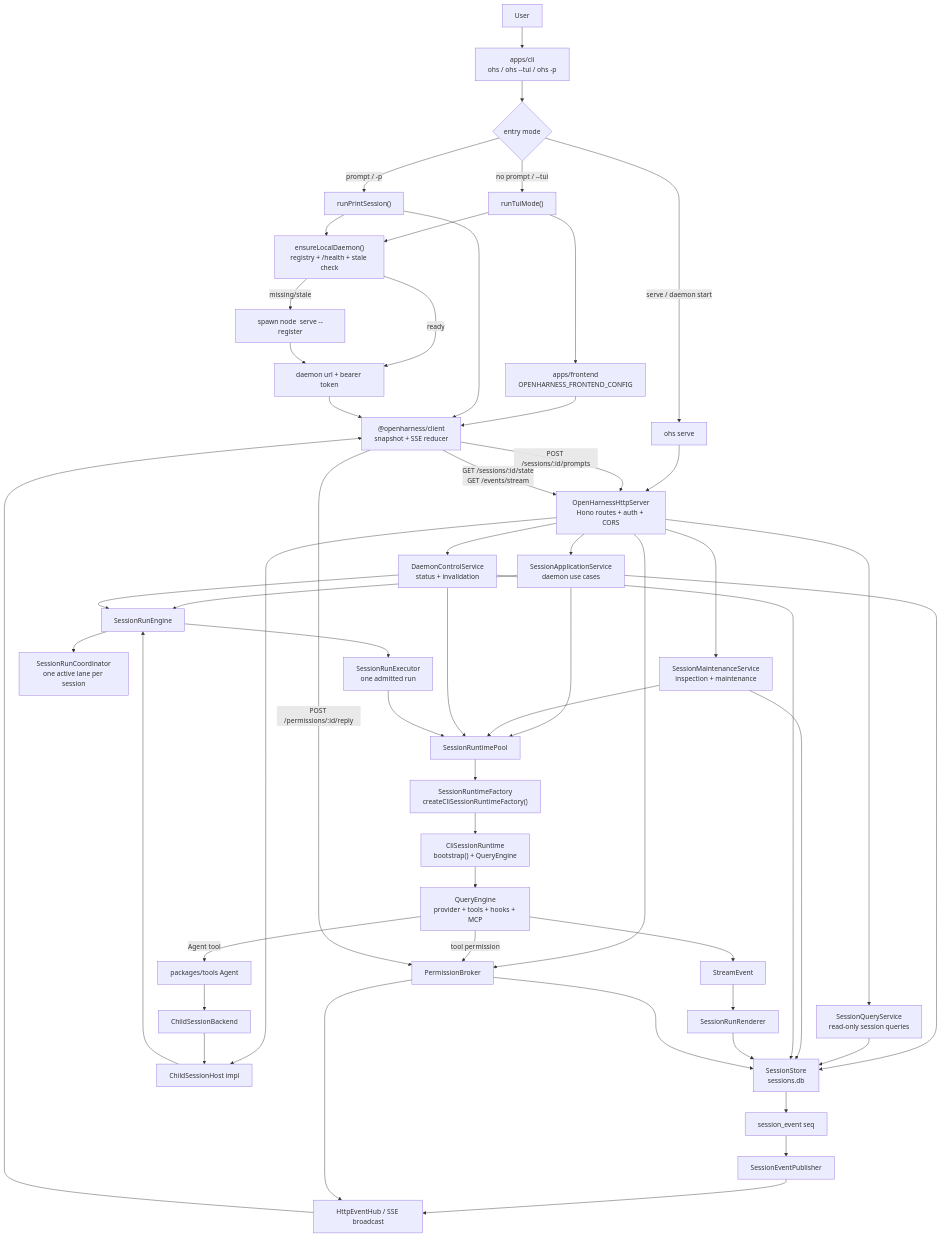
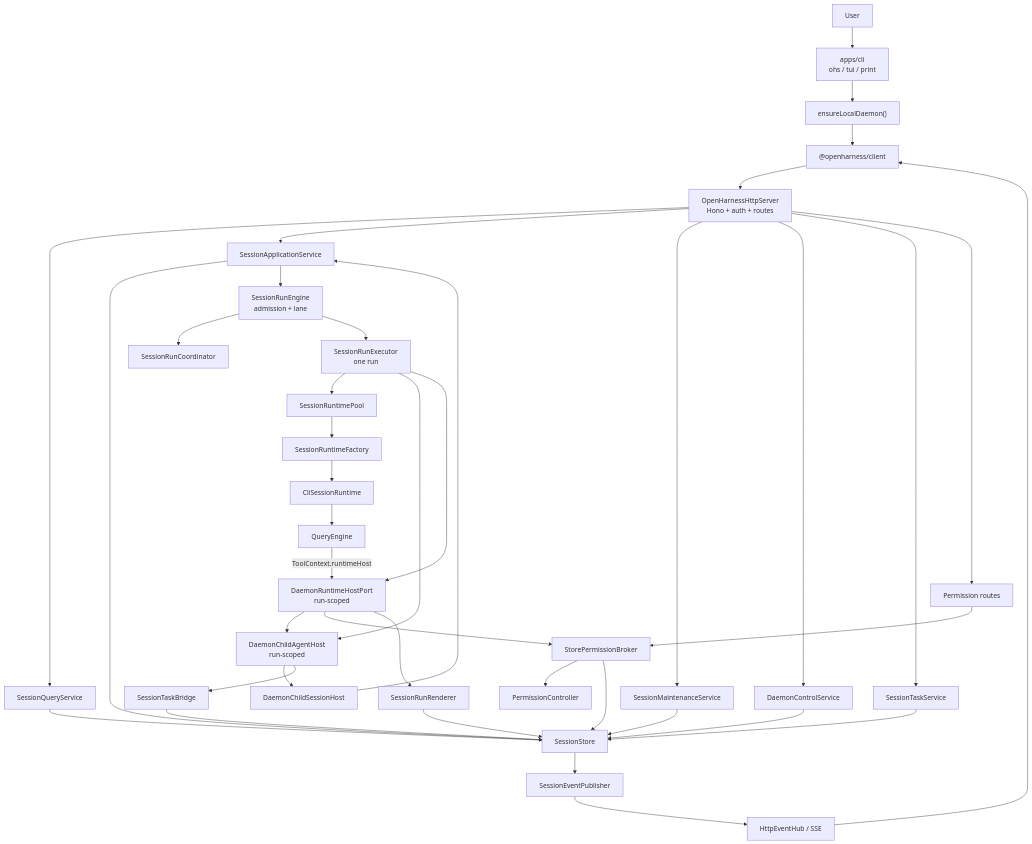
One commit to rzx007/openharness-ts changed the first of 5 diagrams in docs/daemon-runtime-flow-map.md. Above: the diagram before and after it, drawn with Mermaid. The commit also changed other lines of this file and 8 other files, not shown here.

First line of the commit message:
docs: 记录 RuntimeHostPort 设计并同步 daemon 运行时文档

````diff
--- a/docs/daemon-runtime-flow-map.md
+++ b/docs/daemon-runtime-flow-map.md
@@ -46,65 +19,49 @@
 ```mermaid
 flowchart TD
-  user["User"] --> cli["apps/cli<br/>ohs / ohs --tui / ohs -p"]
+  user["User"] --> cli["apps/cli<br/>ohs / tui / print"]
+  cli --> ensure["ensureLocalDaemon()"]
+  ensure --> client["@openharness/client"]
+  client --> http["OpenHarnessHttpServer<br/>Hono + auth + routes"]
 
-  cli --> mode{"entry mode"}
-  mode -->|"no prompt / --tui"| tuiLauncher["runTuiMode()"]
-  mode -->|"prompt / -p"| print["runPrintSession()"]
-  mode -->|"serve / daemon start"| serve["ohs serve"]
+  http --> querySvc["SessionQueryService"]
+  http --> appSvc["SessionApplicationService"]
+  http --> maintSvc["SessionMaintenanceService"]
+  http --> controlSvc["DaemonControlService"]
+  http --> taskSvc["SessionTaskService"]
+  http --> permRoutes["Permission routes"]
 
-  tuiLauncher --> ensure["ensureLocalDaemon()<br/>registry + /health + stale check"]
-  print --> ensure
-  ensure -->|"ready"| daemonUrl["daemon url + bearer token"]
-  ensure -->|"missing/stale"| spawnServe["spawn node <cli> serve --register"]
-  spawnServe --> daemonUrl
+  querySvc --> store["SessionStore"]
+  appSvc --> store
+  maintSvc --> store
+  controlSvc --> store
+  taskSvc --> store
 
-  tuiLauncher --> frontend["apps/frontend<br/>OPENHARNESS_FRONTEND_CONFIG"]
-  frontend --> client["@openharness/client<br/>snapshot + SSE reducer"]
-  print --> client
-  daemonUrl --> client
+  appSvc --> engine["SessionRunEngine<br/>admission + lane"]
+  engine --> lane["SessionRunCoordinator"]
+  engine --> executor["SessionRunExecutor<br/>one run"]
+  executor --> pool["SessionRuntimePool"]
+  pool --> factory["SessionRuntimeFactory"]
+  factory --> runtime["CliSessionRuntime"]
+  runtime --> qe["QueryEngine"]
 
-  serve --> http["OpenHarnessHttpServer<br/>Hono routes + auth + CORS"]
-  client -->|"POST /sessions/:id/prompts"| http
-  client -->|"GET /sessions/:id/state<br/>GET /events/stream"| http
+  executor --> childAgentHost["DaemonChildAgentHost<br/>run-scoped"]
+  executor --> runtimeHost["DaemonRuntimeHostPort<br/>run-scoped"]
+  qe -->|"ToolContext.runtimeHost"| runtimeHost
+  runtimeHost --> childAgentHost
 
-  http --> application["SessionApplicationService<br/>daemon use cases"]
-  http --> queries["SessionQueryService<br/>read-only session queries"]
-  http --> maintenance["SessionMaintenanceService<br/>inspection + maintenance"]
-  http --> control["DaemonControlService<br/>status + invalidation"]
-  application --> store["SessionStore<br/>sessions.db"]
-  queries --> store
-  maintenance --> store
-  control --> store
-  http --> broker["PermissionBroker"]
-  application --> engine["SessionRunEngine"]
-  application --> pool["SessionRuntimePool"]
-  maintenance --> pool
-  control --> pool
-  control --> engine
-  http --> childHost["ChildSessionHost impl"]
+  childAgentHost --> childSessionHost["DaemonChildSessionHost"]
+  childSessionHost --> appSvc
+  childAgentHost --> taskBridge["SessionTaskBridge"]
+  taskBridge --> store
 
-  engine --> coordinator["SessionRunCoordinator<br/>one active lane per session"]
-  engine --> executor["SessionRunExecutor<br/>one admitted run"]
-  executor --> pool
-  pool --> runtimeFactory["SessionRuntimeFactory<br/>createCliSessionRuntimeFactory()"]
-  runtimeFactory --> runtime["CliSessionRuntime<br/>bootstrap() + QueryEngine"]
-  runtime --> query["QueryEngine<br/>provider + tools + hooks + MCP"]
+  runtimeHost --> permissionBroker["StorePermissionBroker"]
+  permissionBroker --> permissionController["PermissionController"]
+  permissionBroker --> store
+  permRoutes --> permissionBroker
 
-  query --> stream["StreamEvent"]
-  stream --> renderer["SessionRunRenderer"]
+  runtimeHost --> renderer["SessionRunRenderer"]
   renderer --> store
-  store --> events["session_event seq"]
-  events --> publisher["SessionEventPublisher"]
-  publisher --> sse["HttpEventHub / SSE broadcast"]
-  sse --> client
-
-  query -->|"tool permission"| broker
-  broker --> store
-  broker --> sse
-  client -->|"POST /permissions/:id/reply"| broker
-
-  query -->|"Agent tool"| agent["packages/tools Agent"]
-  agent --> backend["ChildSessionBackend"]
-  backend --> childHost
-  childHost --> engine
+  store --> publisher["SessionEventPublisher"]
+  publisher --> hub["HttpEventHub / SSE"]
+  hub --> client
 ```
````
